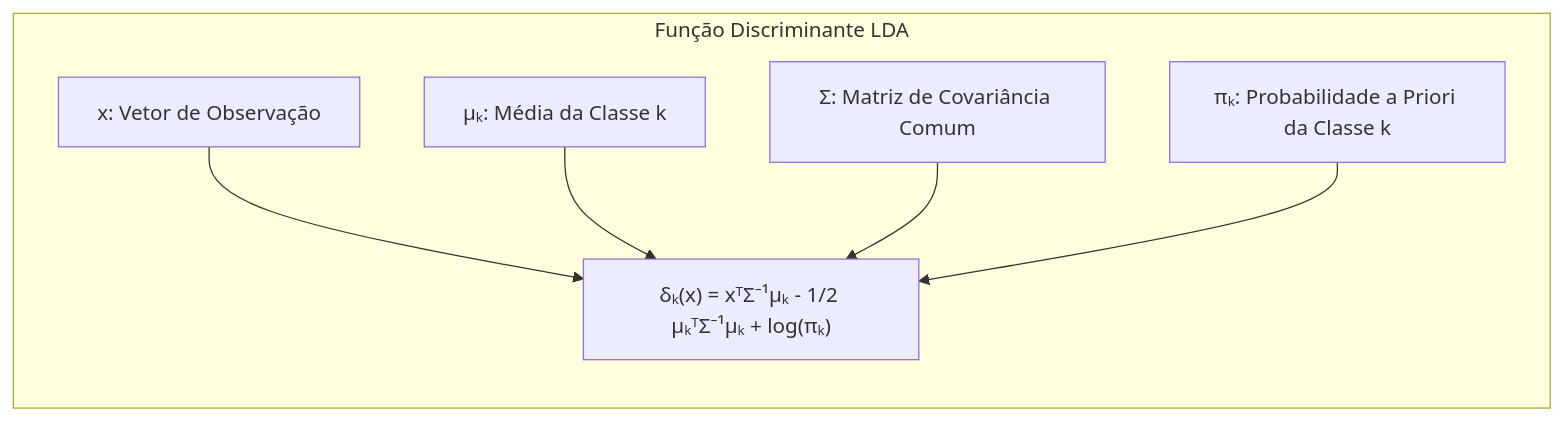
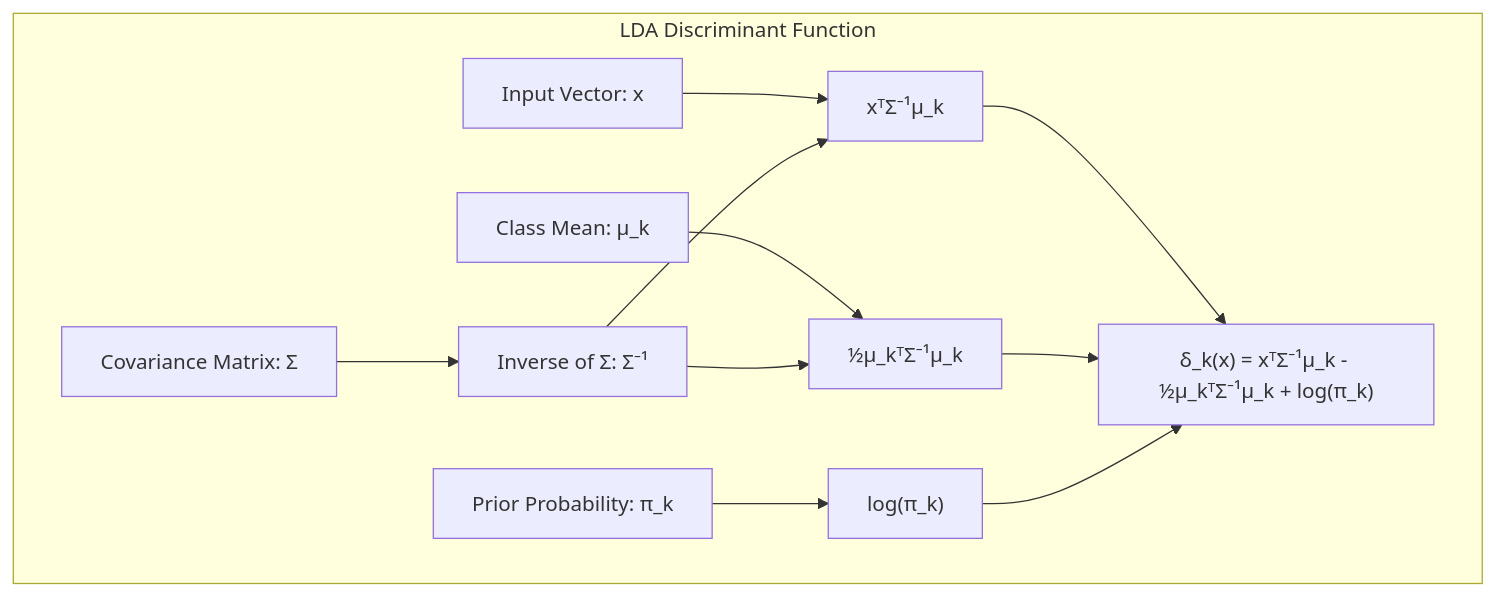
One commit to diegomrodrigues/statistical_learning_notes changed the second of 7 diagrams in 03. Additive Models/01. Generalized Additive Models/02. Mathematical Representation.md. Above: the diagram before and after it, drawn with Mermaid. The commit also changed other lines of this file and 228 other files, not shown here.

````diff
--- a/03. Additive Models/01. Generalized Additive Models/02. Mathematical Representation.md
+++ b/03. Additive Models/01. Generalized Additive Models/02. Mathematical Representation.md
@@ -96,15 +53,22 @@
 ```mermaid
 graph LR
-    subgraph "Função Discriminante LDA"
-        direction TB
-        A["x: Vetor de Observação"]
-        B["μₖ: Média da Classe k"]
-        C["Σ: Matriz de Covariância Comum"]
-        D["πₖ: Probabilidade a Priori da Classe k"]
-        E["δₖ(x) = xᵀΣ⁻¹μₖ - 1/2 μₖᵀΣ⁻¹μₖ + log(πₖ)"]
-        A --> E
-        B --> E
+    subgraph "LDA Discriminant Function"
+        direction LR
+        A["Input Vector: x"]
+        B["Class Mean: μ_k"]
+        C["Covariance Matrix: Σ"]
+        D["Prior Probability: π_k"]
+        E["Inverse of Σ: Σ⁻¹"]
+        F["xᵀΣ⁻¹μ_k"]
+        G["½μ_kᵀΣ⁻¹μ_k"]
+        H["log(π_k)"]
+        I["δ_k(x) = xᵀΣ⁻¹μ_k - ½μ_kᵀΣ⁻¹μ_k + log(π_k)"]
+        A --> F
+        B --> G
         C --> E
-        D --> E
+        E --> F
+        E --> G
+        D --> H
+        F & G & H --> I
     end
 ```
````
